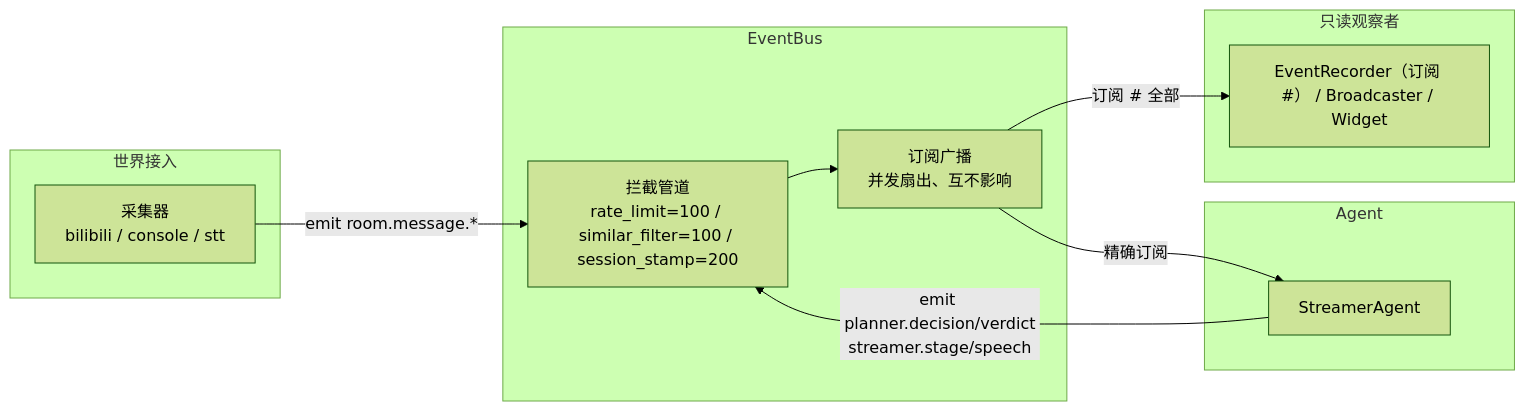
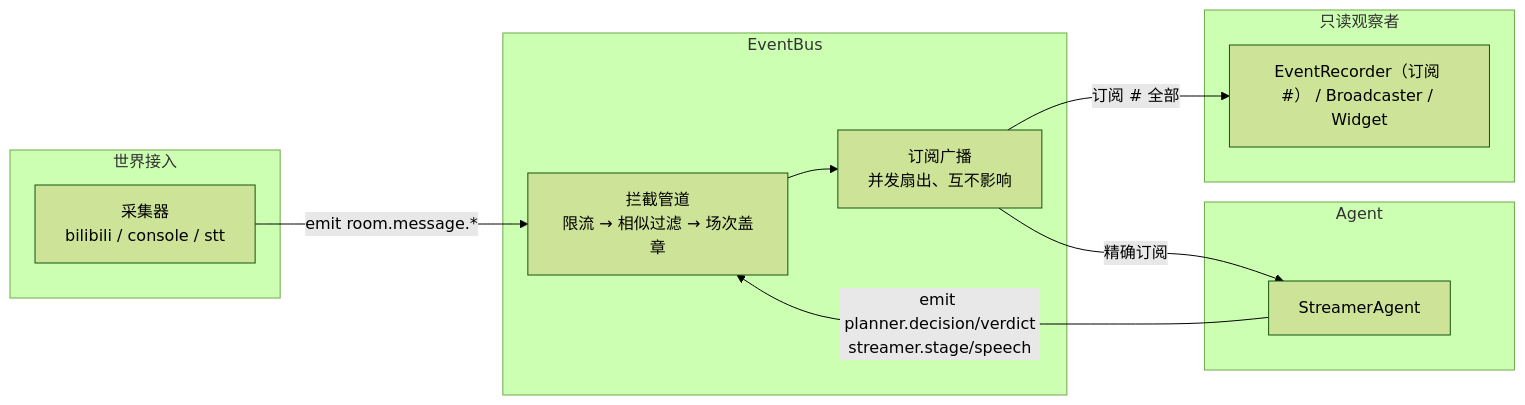
Before and after one commit to Mai-with-u/Amaidesu: the diagram in docs/architecture/event-system.md, drawn with Mermaid (forest theme). The commit also changed other lines of this file, not shown here.

````diff
--- a/docs/architecture/event-system.md
+++ b/docs/architecture/event-system.md
@@ -31,25 +31,25 @@
 ```mermaid
 flowchart LR
     subgraph 世界接入
         IC[采集器<br/>bilibili / console / stt]
     end
 
     subgraph EventBus
-        PIPE[拦截管道<br/>rate_limit=100 / similar_filter=100 / session_stamp=200]
+        PIPE[拦截管道<br/>限流 → 相似过滤 → 场次盖章]
         FAN[订阅广播<br/>并发扇出、互不影响]
     end
 
     subgraph Agent
         AG[StreamerAgent]
     end
 
     subgraph 只读观察者
         OB[EventRecorder（订阅 #） / Broadcaster / Widget]
     end
 
     IC -->|emit room.message.*| PIPE
     PIPE --> FAN
     FAN -->|精确订阅| AG
     FAN -->|订阅 # 全部| OB
     AG -->|emit planner.decision/verdict<br/>streamer.stage/speech| PIPE
 ```
````
